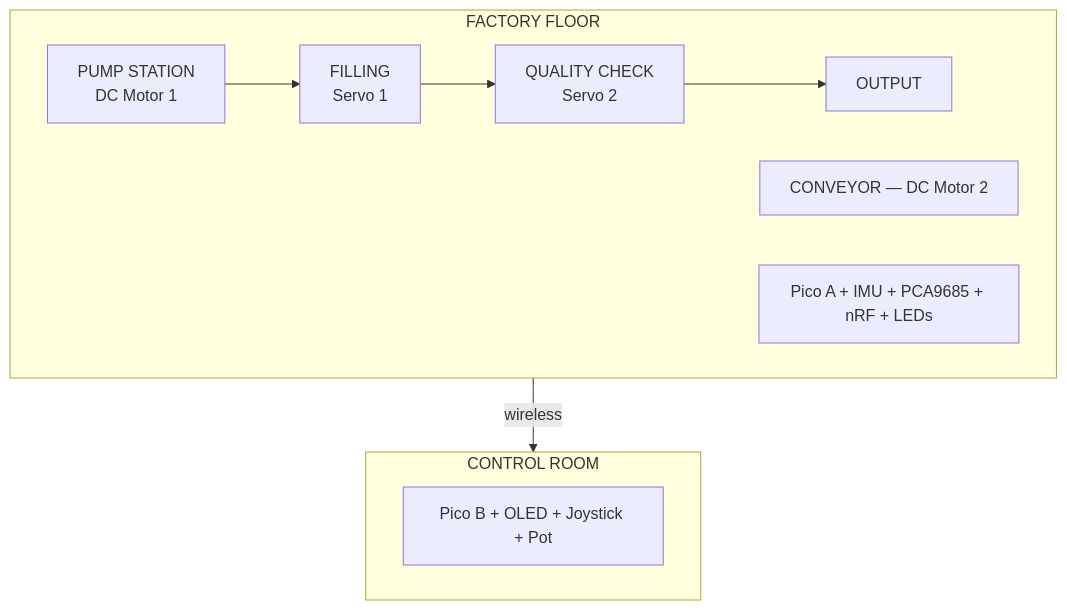
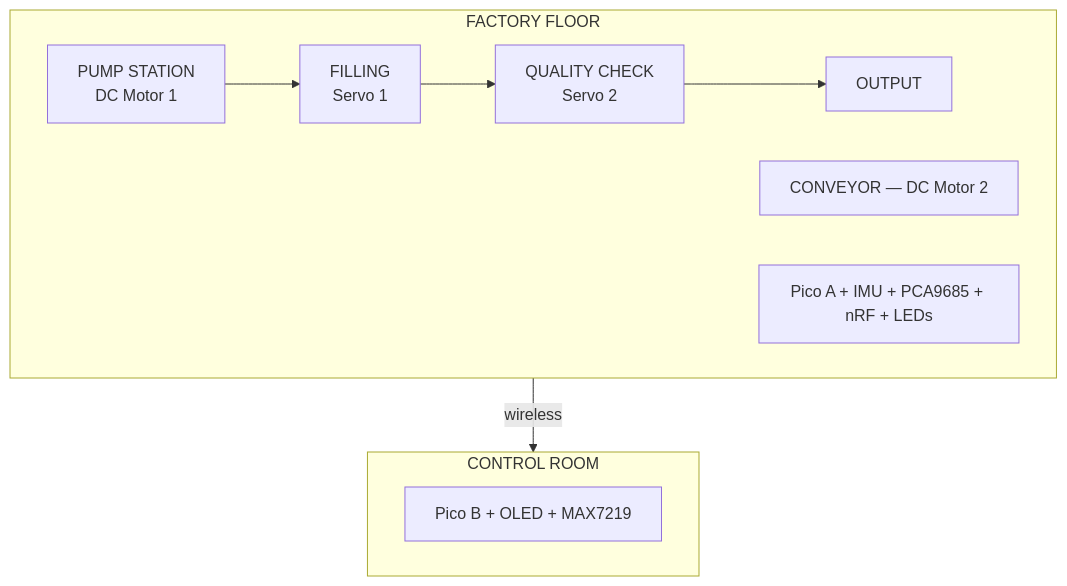
Diagram 12 of 14 in docs/01-overview/gridbox-design.md (doyun-gu/hack-a-bot-2026), drawn with Mermaid before and after one commit. The commit also changed other lines of this file and 11 other files, not shown here.

````diff
--- a/docs/01-overview/gridbox-design.md
+++ b/docs/01-overview/gridbox-design.md
@@ -435,18 +436,18 @@
 ```mermaid
 graph TB
     subgraph FLOOR["FACTORY FLOOR"]
         direction LR
         PUMP_F["PUMP STATION<br/>DC Motor 1"] --> FILL_F["FILLING<br/>Servo 1"]
         FILL_F --> QC_F["QUALITY CHECK<br/>Servo 2"]
         QC_F --> OUT_F["OUTPUT"]
 
         BELT_F["CONVEYOR — DC Motor 2"]
         CTRL_F["Pico A + IMU + PCA9685 + nRF + LEDs"]
     end
 
     subgraph ROOM_F["CONTROL ROOM"]
-        SCADA_F["Pico B + OLED + Joystick + Pot"]
+        SCADA_F["Pico B + OLED + MAX7219"]
     end
 
     FLOOR -->|"wireless"| ROOM_F
 ```
````
